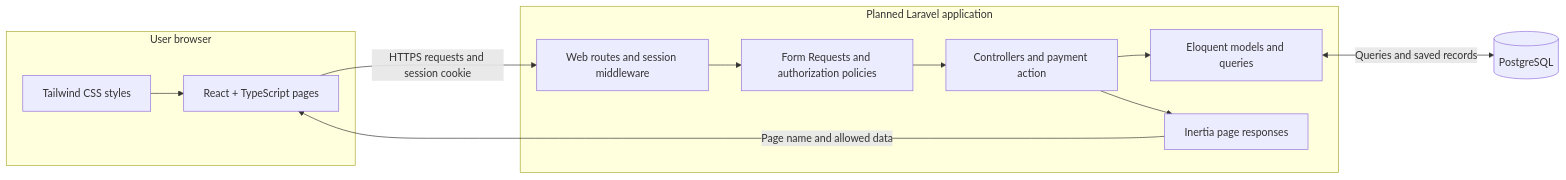
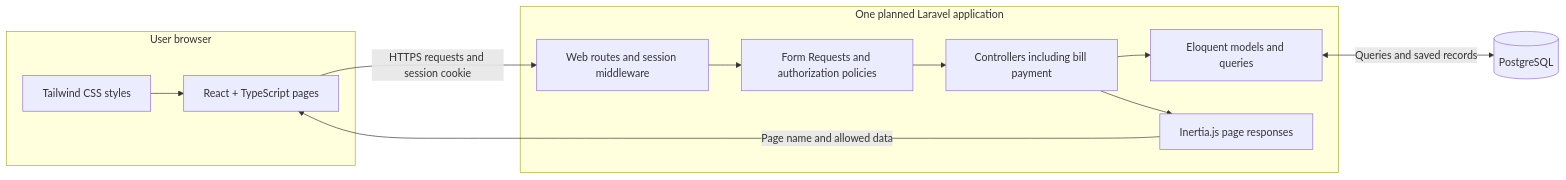
The diagram in docs/03-system-architecture.md (Keii-boy/Bills), drawn with Mermaid before and after one commit. The commit also changed other lines of this file and 6 other files, not shown here.

Commit message:
docs: finalize Bills project architecture and roadmap

````diff
--- a/docs/03-system-architecture.md
+++ b/docs/03-system-architecture.md
@@ -9,20 +13,20 @@
 ```mermaid
 flowchart LR
     subgraph Browser[User browser]
         Pages[React + TypeScript pages]
         Styles[Tailwind CSS styles]
         Styles --> Pages
     end
-    subgraph App[Planned Laravel application]
+    subgraph App[One planned Laravel application]
         Routes[Web routes and session middleware]
         Validation[Form Requests and authorization policies]
-        Controllers[Controllers and payment action]
+        Controllers[Controllers including bill payment]
         Models[Eloquent models and queries]
-        Bridge[Inertia page responses]
+        Bridge[Inertia.js page responses]
         Routes --> Validation --> Controllers --> Models
         Controllers --> Bridge
     end
     Pages -->|HTTPS requests and session cookie| Routes
     Bridge -->|Page name and allowed data| Pages
     Models <-->|Queries and saved records| DB[(PostgreSQL)]
 ```
````
